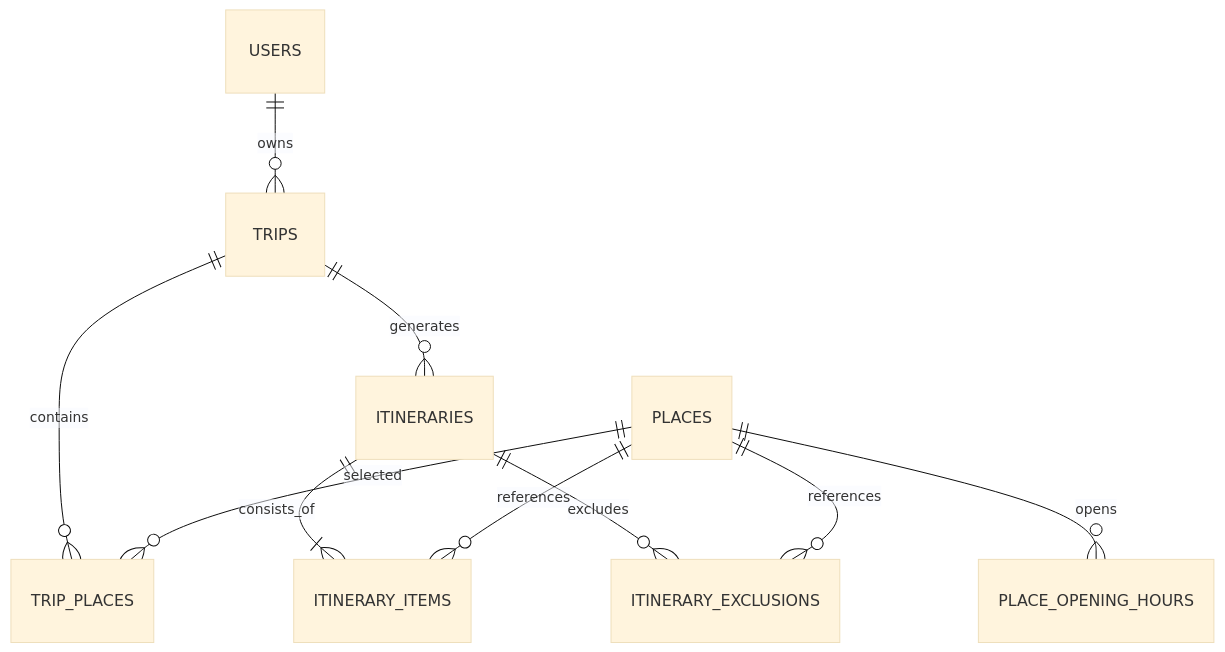
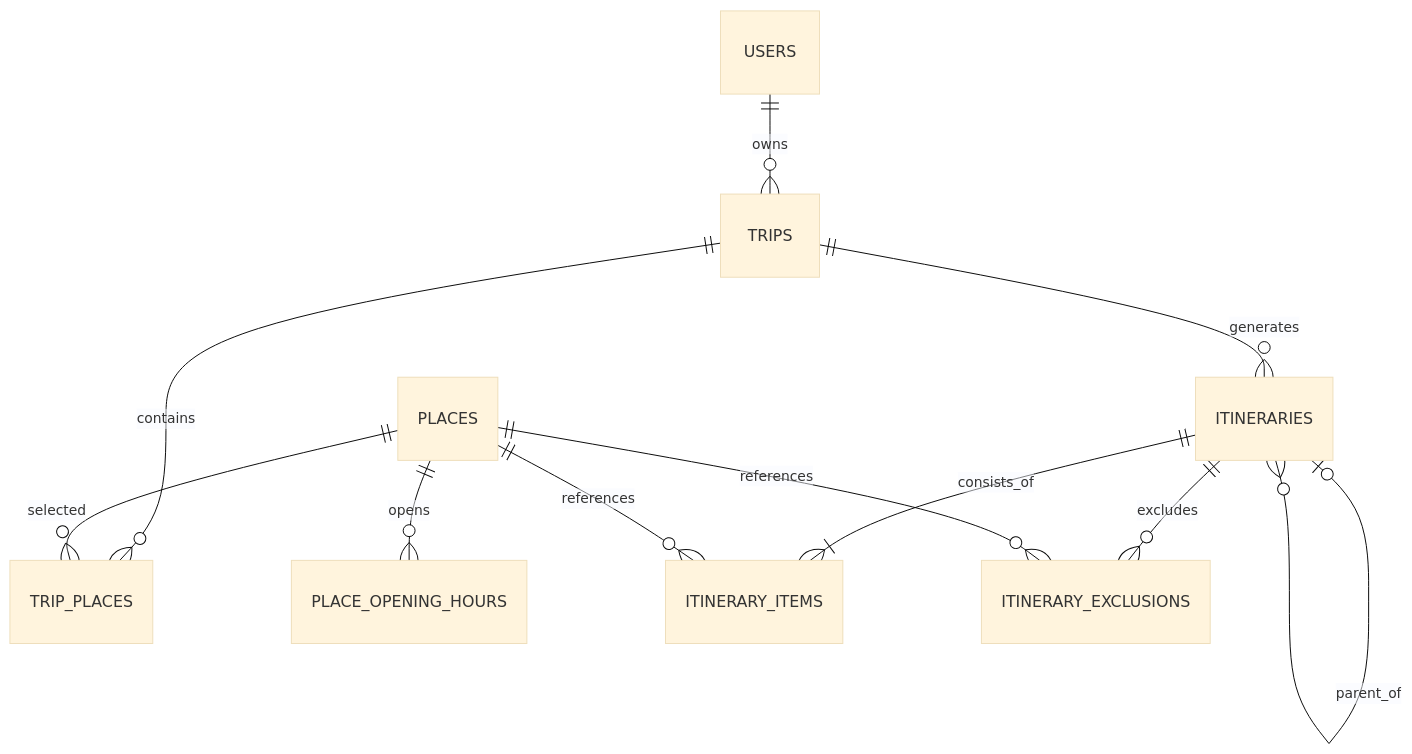
One commit to sungjuun/RoutePlan changed the second of 2 diagrams in README.md. Above: the diagram before and after it, drawn with Mermaid (base theme). The commit also changed other lines of this file, not shown here.

````diff
--- a/README.md
+++ b/README.md
@@ -122,12 +129,13 @@
 ```mermaid
 erDiagram
     USERS ||--o{ TRIPS : owns
     TRIPS ||--o{ TRIP_PLACES : contains
     PLACES ||--o{ TRIP_PLACES : selected
     PLACES ||--o{ PLACE_OPENING_HOURS : opens
     TRIPS ||--o{ ITINERARIES : generates
+    ITINERARIES o|--o{ ITINERARIES : parent_of
     ITINERARIES ||--|{ ITINERARY_ITEMS : consists_of
     ITINERARIES ||--o{ ITINERARY_EXCLUSIONS : excludes
     PLACES ||--o{ ITINERARY_ITEMS : references
     PLACES ||--o{ ITINERARY_EXCLUSIONS : references
 ```
````
